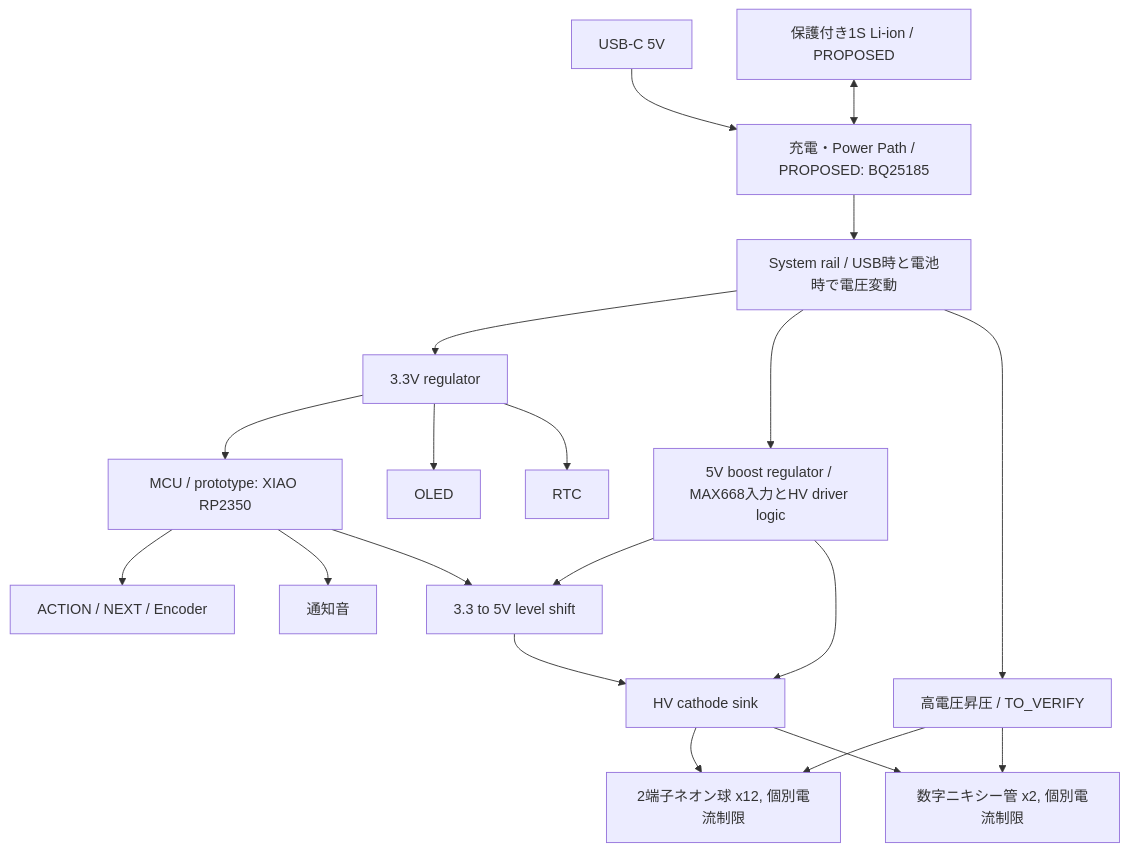
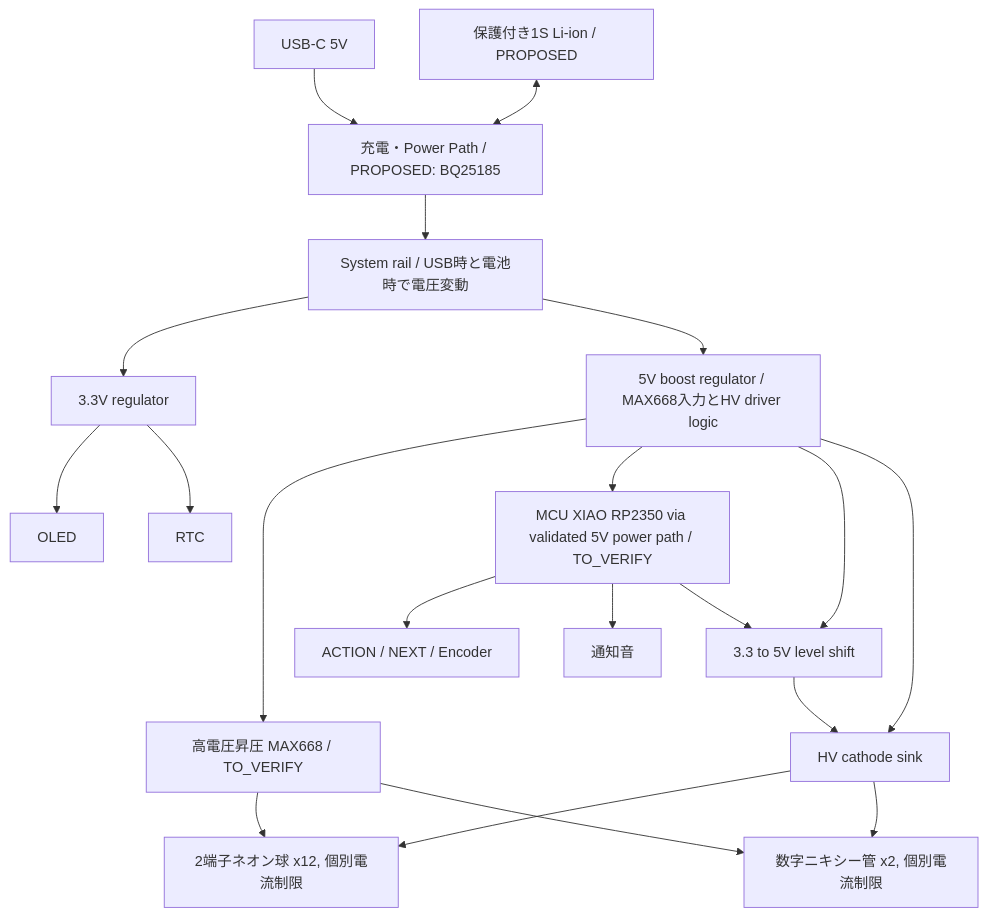
One commit to mitsu32m/PROJECT-NIXIDORO changed the diagram in docs/architecture.md. Above: the diagram before and after it, drawn with Mermaid. The commit also changed other lines of this file, not shown here.

Commit message:
docs: align docs/architecture.md with external design review findings

````diff
--- a/docs/architecture.md
+++ b/docs/architecture.md
@@ -5,22 +5,22 @@
 ```mermaid
 flowchart TB
     U[USB-C 5V] --> PP[充電・Power Path / PROPOSED: BQ25185]
     B[保護付き1S Li-ion / PROPOSED] <--> PP
     PP --> SYS[System rail / USB時と電池時で電圧変動]
     SYS --> LV[3.3V regulator]
     SYS --> V5[5V boost regulator / MAX668入力とHV driver logic]
-    SYS --> HV[高電圧昇圧 / TO_VERIFY]
-    LV --> MCU[MCU / prototype: XIAO RP2350]
+    V5 --> HV[高電圧昇圧 MAX668 / TO_VERIFY]
+    V5 --> MCU[MCU XIAO RP2350 via validated 5V power path / TO_VERIFY]
     LV --> OLED[OLED]
     LV --> RTC[RTC]
     MCU --> CTRL[ACTION / NEXT / Encoder]
     MCU --> AUD[通知音]
     MCU --> LEVEL[3.3 to 5V level shift]
     V5 --> LEVEL
     V5 --> DRIVER[HV cathode sink]
     LEVEL --> DRIVER
     HV --> LAMPS[2端子ネオン球 x12, 個別電流制限]
     HV --> DIGITS[数字ニキシー管 x2, 個別電流制限]
     DRIVER --> LAMPS
     DRIVER --> DIGITS
 ```
````
